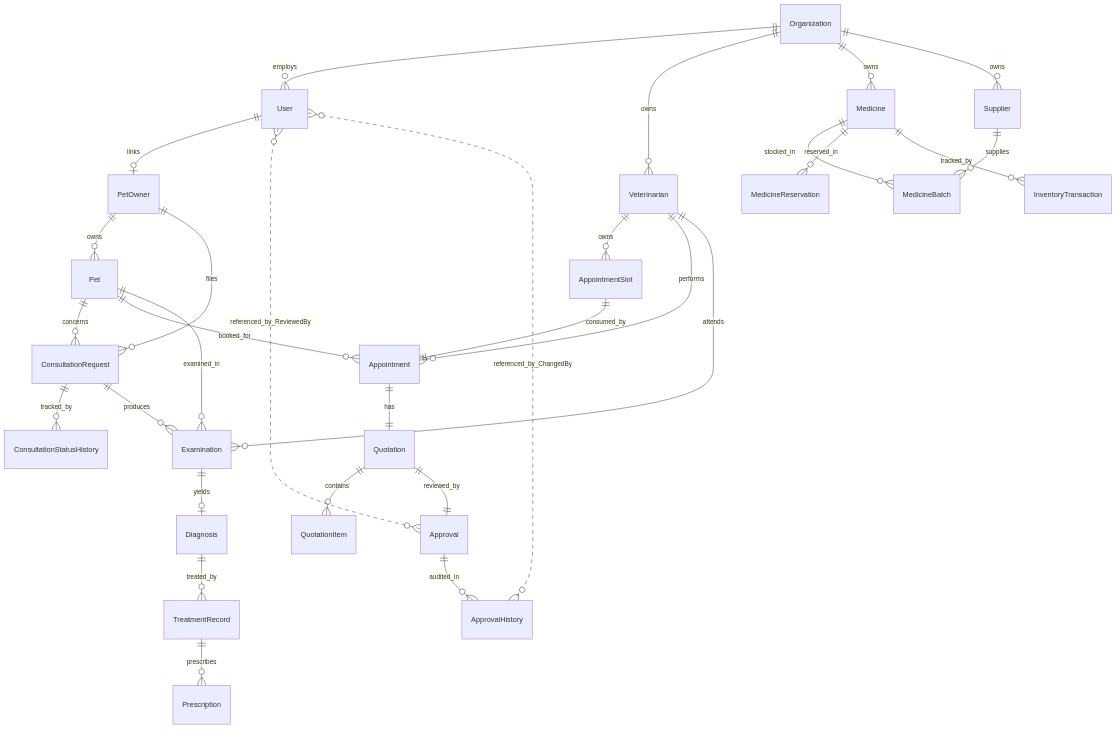
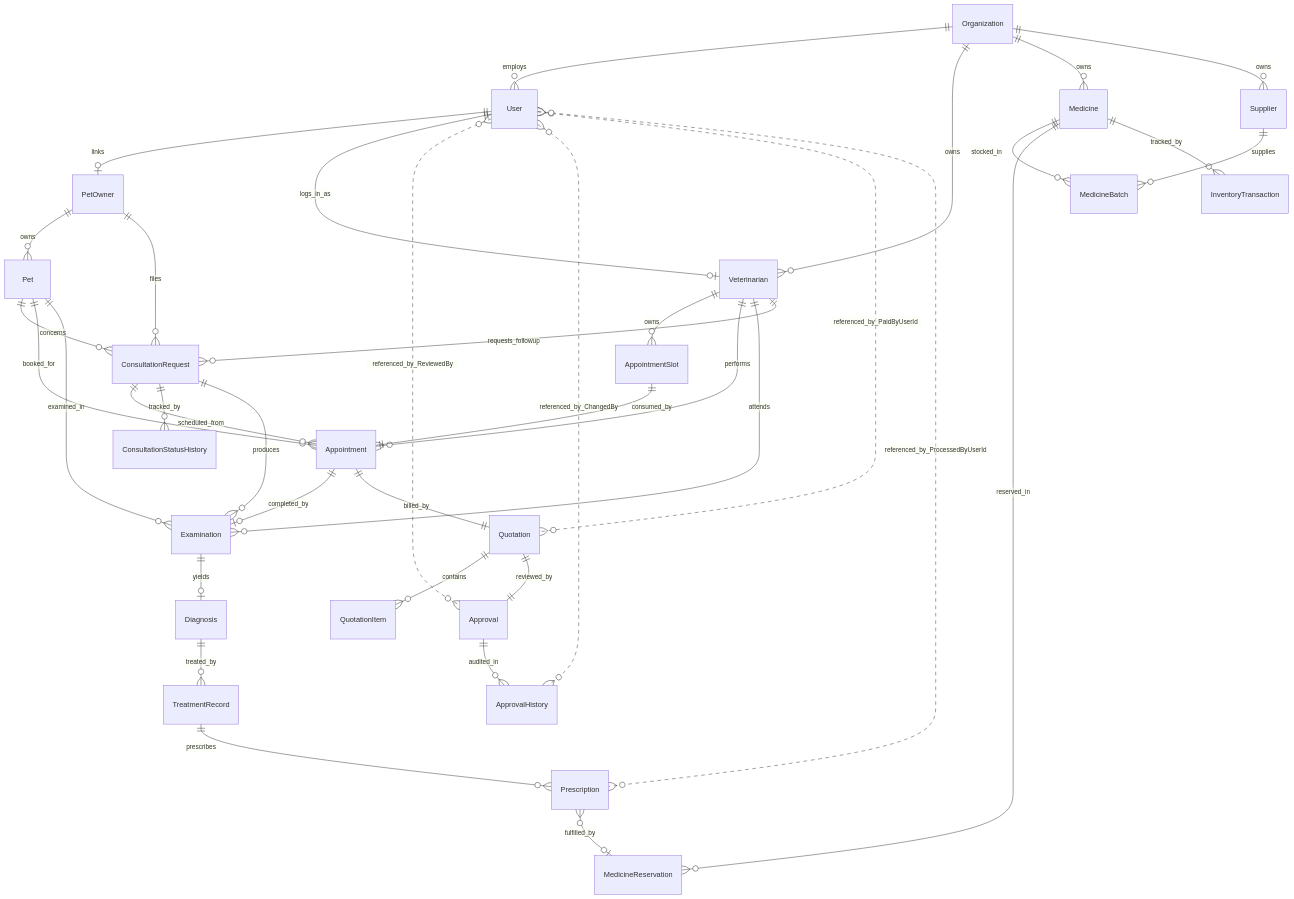
The diagram in docs/database/database-design.md (ThevinRanasinghe/intelligent-pet-care-veterinary-management-system), drawn with Mermaid before and after one commit. The commit also changed other lines of this file and 290 other files, not shown here.

````diff
--- a/docs/database/database-design.md
+++ b/docs/database/database-design.md
@@ -206,32 +244,39 @@
 ```mermaid
 erDiagram
     Organization ||--o{ User : employs
     Organization ||--o{ Veterinarian : owns
     Organization ||--o{ Medicine : owns
     Organization ||--o{ Supplier : owns
     User ||--o| PetOwner : links
+    User ||--o| Veterinarian : logs_in_as
     PetOwner ||--o{ Pet : owns
     PetOwner ||--o{ ConsultationRequest : files
     Pet ||--o{ ConsultationRequest : concerns
     Pet ||--o{ Appointment : booked_for
     Pet ||--o{ Examination : examined_in
     Veterinarian ||--o{ AppointmentSlot : owns
     Veterinarian ||--o{ Appointment : performs
     Veterinarian ||--o{ Examination : attends
+    Veterinarian ||--o{ ConsultationRequest : requests_followup
     AppointmentSlot ||--|| Appointment : consumed_by
-    Appointment ||--|| Quotation : has
+    ConsultationRequest ||--o{ Appointment : scheduled_from
+    Appointment ||--o| Examination : completed_by
+    Appointment ||--|| Quotation : billed_by
     Quotation ||--o{ QuotationItem : contains
     Quotation ||--|| Approval : reviewed_by
     Approval ||--o{ ApprovalHistory : audited_in
     ConsultationRequest ||--o{ ConsultationStatusHistory : tracked_by
     ConsultationRequest ||--o{ Examination : produces
     Examination ||--o| Diagnosis : yields
     Diagnosis ||--o{ TreatmentRecord : treated_by
     TreatmentRecord ||--o{ Prescription : prescribes
     Medicine ||--o{ MedicineBatch : stocked_in
     Medicine ||--o{ MedicineReservation : reserved_in
     Medicine ||--o{ InventoryTransaction : tracked_by
+    Prescription }o--o| MedicineReservation : fulfilled_by
     Supplier ||--o{ MedicineBatch : supplies
     User }o..o{ Approval : referenced_by_ReviewedBy
     User }o..o{ ApprovalHistory : referenced_by_ChangedBy
+    User }o..o{ Quotation : referenced_by_PaidByUserId
+    User }o..o{ Prescription : referenced_by_ProcessedByUserId
 ```
````
